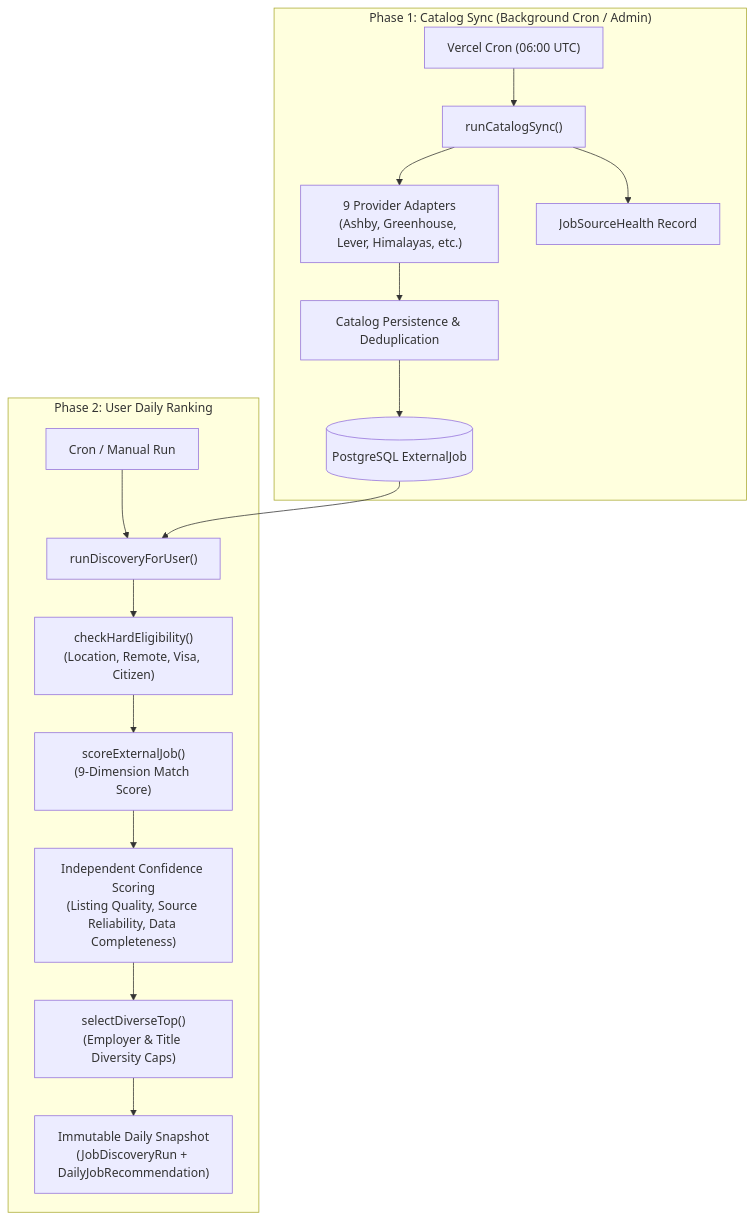
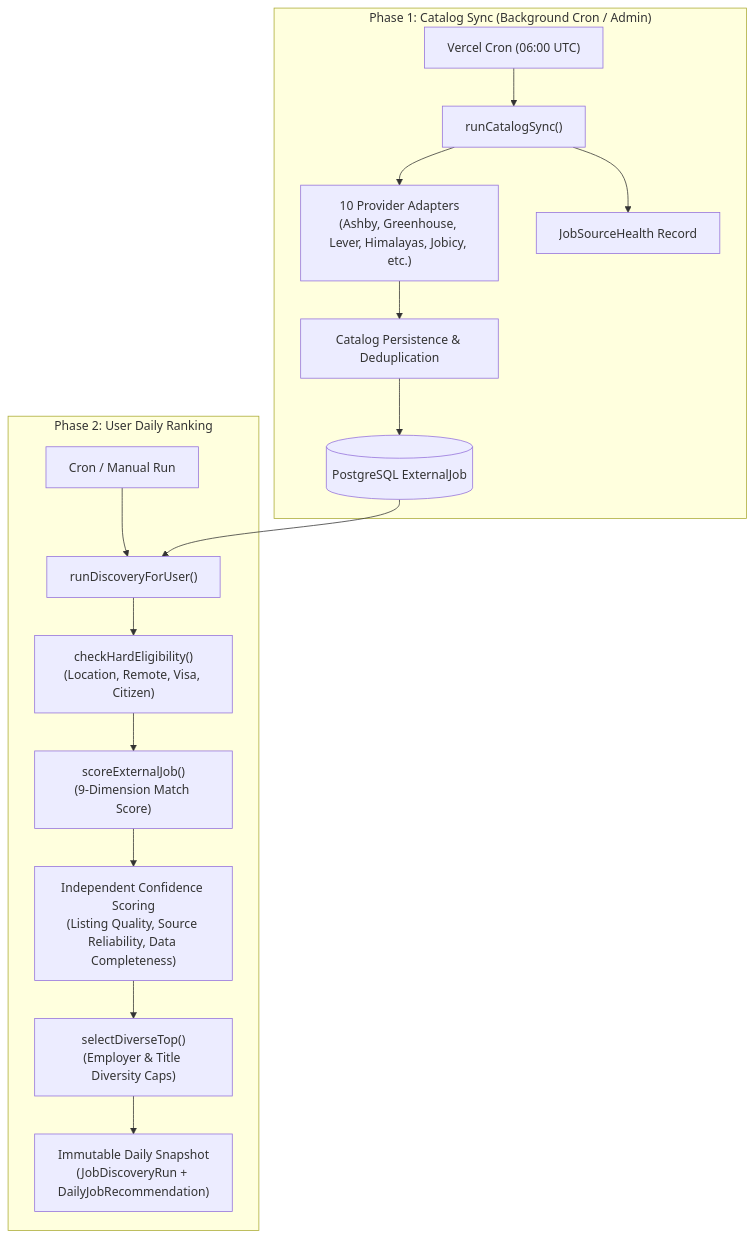
One commit to carlylechia/JOB-SEEKER-OS changed the diagram in docs/JOB_DISCOVERY.md. Above: the diagram before and after it, drawn with Mermaid. The commit also changed other lines of this file and 22 other files, not shown here.

````diff
--- a/docs/JOB_DISCOVERY.md
+++ b/docs/JOB_DISCOVERY.md
@@ -47,20 +59,20 @@
 ```mermaid
 flowchart TD
     subgraph Ingestion ["Phase 1: Catalog Sync (Background Cron / Admin)"]
         Cron["Vercel Cron (06:00 UTC)"] --> Sync["runCatalogSync()"]
-        Sync --> Providers["9 Provider Adapters\n(Ashby, Greenhouse, Lever, Himalayas, etc.)"]
+        Sync --> Providers["10 Provider Adapters\n(Ashby, Greenhouse, Lever, Himalayas, Jobicy, etc.)"]
         Providers --> Dedupe["Catalog Persistence & Deduplication"]
         Dedupe --> DB[(PostgreSQL ExternalJob)]
         Sync --> Health["JobSourceHealth Record"]
     end
 
     subgraph Ranking ["Phase 2: User Daily Ranking"]
         UserTrigger["Cron / Manual Run"] --> Service["runDiscoveryForUser()"]
         DB --> Service
         Service --> HardFilter["checkHardEligibility()\n(Location, Remote, Visa, Citizen)"]
         HardFilter --> Scoring["scoreExternalJob()\n(9-Dimension Match Score)"]
         Scoring --> Confidence["Independent Confidence Scoring\n(Listing Quality, Source Reliability, Data Completeness)"]
         Confidence --> DiverseRank["selectDiverseTop()\n(Employer & Title Diversity Caps)"]
         DiverseRank --> Snapshot["Immutable Daily Snapshot\n(JobDiscoveryRun + DailyJobRecommendation)"]
     end
 ```
````
